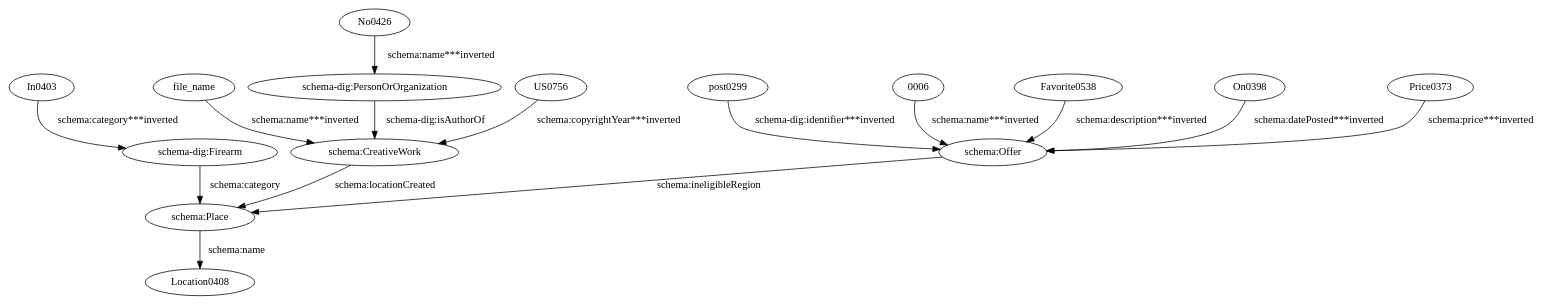
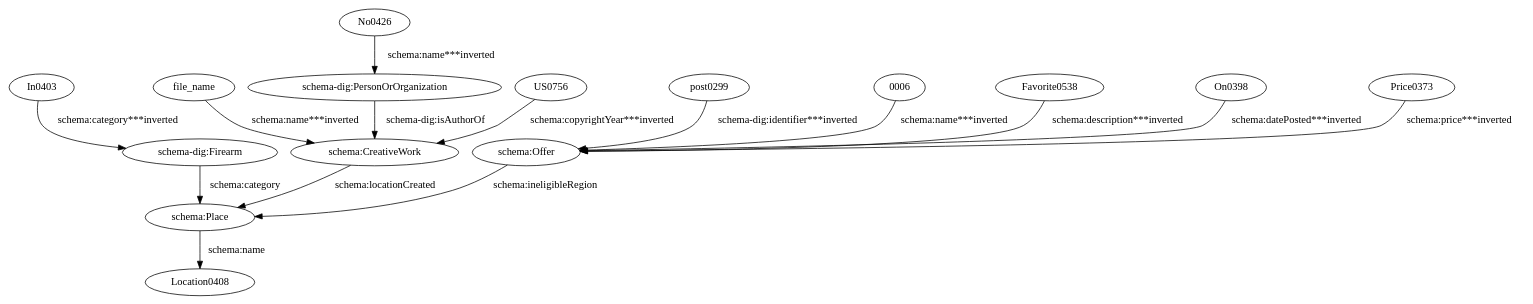
Before and after one commit to giuseppefutia/semi: the diagram in evaluation/taheriyan2016/task_04/semantic_models_steiner/dot/armslist.dot, drawn with Graphviz. The commit also changed 122 other files, not shown here.

```diff
--- a/evaluation/taheriyan2016/task_04/semantic_models_steiner/dot/armslist.dot
+++ b/evaluation/taheriyan2016/task_04/semantic_models_steiner/dot/armslist.dot
@@ -1,31 +1,31 @@
 digraph {
   "0006" [type=attribute_name,label="0006"]
   "schema:Offer1" [type=class_uri,label="schema:Offer"]
   Favorite0538 [type=attribute_name,label=Favorite0538]
   In0403 [type=attribute_name,label=In0403]
   "schema-dig:Firearm1" [type=class_uri,label="schema-dig:Firearm"]
   No0426 [type=attribute_name,label=No0426]
   "schema-dig:PersonOrOrganization1" [type=class_uri,label="schema-dig:PersonOrOrganization"]
   On0398 [type=attribute_name,label=On0398]
   Price0373 [type=attribute_name,label=Price0373]
   US0756 [type=attribute_name,label=US0756]
   "schema:CreativeWork1" [type=class_uri,label="schema:CreativeWork"]
   file_name [type=attribute_name,label=file_name]
   post0299 [type=attribute_name,label=post0299]
   "schema:Place1" [type=class_uri,label="schema:Place"]
   Location0408 [type=attribute_name,label=Location0408]
   "0006" -> "schema:Offer1" [type=st_property_uri,label="schema:name***inverted",weight=1]
   Favorite0538 -> "schema:Offer1" [type=st_property_uri,label="schema:description***inverted",weight=1]
   In0403 -> "schema-dig:Firearm1" [type=st_property_uri,label="schema:category***inverted",weight=1]
   No0426 -> "schema-dig:PersonOrOrganization1" [type=st_property_uri,label="schema:name***inverted",weight=1]
   On0398 -> "schema:Offer1" [type=st_property_uri,label="schema:datePosted***inverted",weight=1]
   Price0373 -> "schema:Offer1" [type=st_property_uri,label="schema:price***inverted",weight=1]
   US0756 -> "schema:CreativeWork1" [type=st_property_uri,label="schema:copyrightYear***inverted",weight=1]
   file_name -> "schema:CreativeWork1" [type=st_property_uri,label="schema:name***inverted",weight=1]
   post0299 -> "schema:Offer1" [type=st_property_uri,label="schema-dig:identifier***inverted",weight=1]
-  "schema-dig:Firearm1" -> "schema:Place1" [label="schema:category",type=inherited,weight=4]
-  "schema-dig:PersonOrOrganization1" -> "schema:CreativeWork1" [label="schema-dig:isAuthorOf",type=direct_property_uri,weight=1]
-  "schema:CreativeWork1" -> "schema:Place1" [label="schema:locationCreated",type=direct_property_uri,weight=1]
-  "schema:Offer1" -> "schema:Place1" [label="schema:ineligibleRegion",type=direct_property_uri,weight=1]
+  "schema-dig:Firearm1" -> "schema:Place1" [label="schema:category",type=inherited,weight=300]
+  "schema-dig:PersonOrOrganization1" -> "schema:CreativeWork1" [label="schema-dig:isAuthorOf",type=direct_property_uri,weight=100]
+  "schema:CreativeWork1" -> "schema:Place1" [label="schema:locationCreated",type=direct_property_uri,weight=100]
+  "schema:Offer1" -> "schema:Place1" [label="schema:ineligibleRegion",type=direct_property_uri,weight=100]
   "schema:Place1" -> Location0408 [label="schema:name",type=st_property_uri]
 }
```
